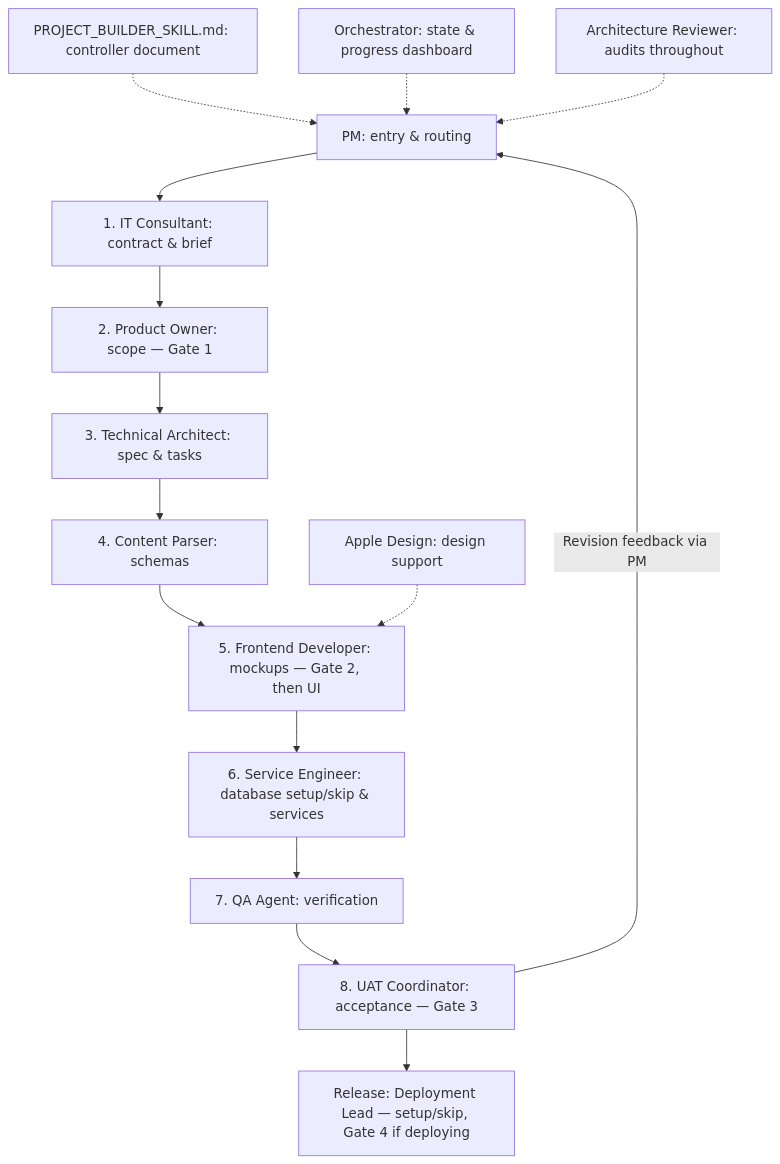
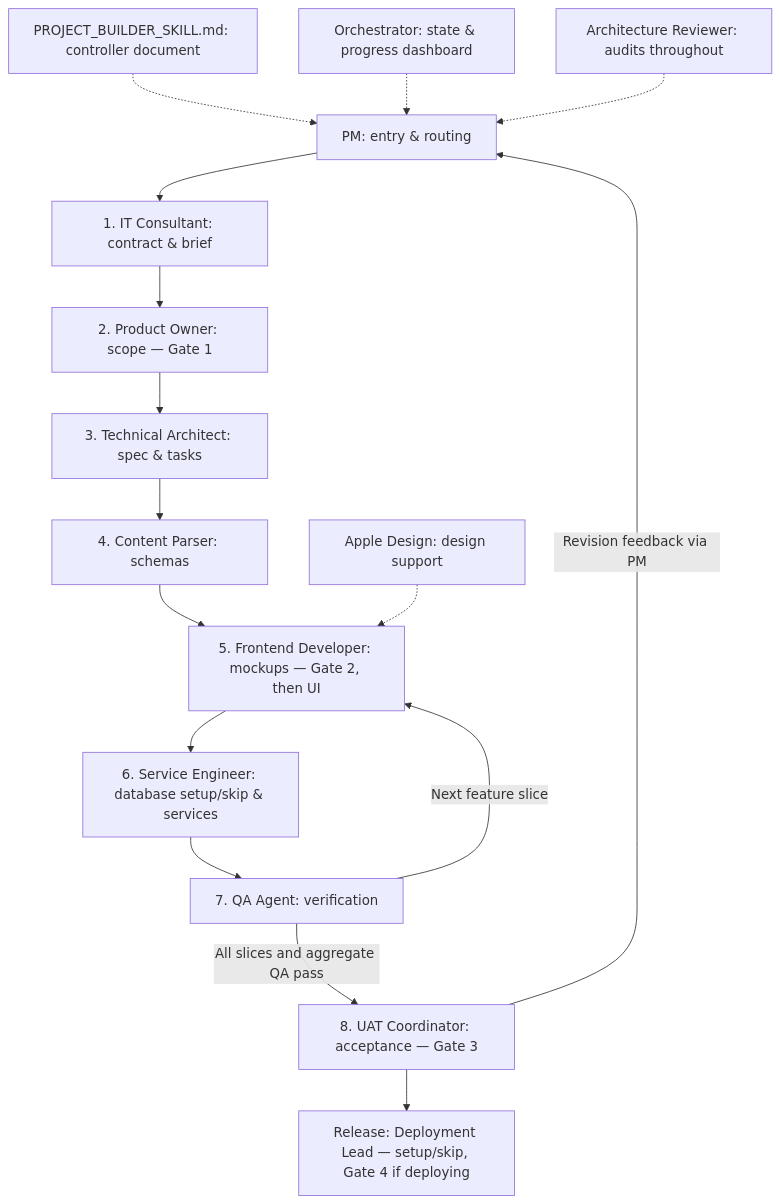
The diagram in README.md (gootyboy/pm-skills), drawn with Mermaid before and after one commit. The commit also changed other lines of this file and 17 other files, not shown here.

````diff
--- a/README.md
+++ b/README.md
@@ -27,17 +27,18 @@
 ```mermaid
 flowchart TB
     PM["PM: entry & routing"] --> IT["1. IT Consultant: contract & brief"]
     IT --> PO["2. Product Owner: scope — Gate 1"]
     PO --> TA["3. Technical Architect: spec & tasks"]
     TA --> CP["4. Content Parser: schemas"]
     CP --> FE["5. Frontend Developer: mockups — Gate 2, then UI"]
     FE --> SE["6. Service Engineer: database setup/skip & services"]
     SE --> QA["7. QA Agent: verification"]
-    QA --> UAT["8. UAT Coordinator: acceptance — Gate 3"]
+    QA -->|All slices and aggregate QA pass| UAT["8. UAT Coordinator: acceptance — Gate 3"]
+    QA -->|Next feature slice| FE
     UAT --> DEP["Release: Deployment Lead — setup/skip, Gate 4 if deploying"]
     UAT -->|Revision feedback via PM| PM
     APPLE["Apple Design: design support"] -.-> FE
     CTRL["PROJECT_BUILDER_SKILL.md: controller document"] -.-> PM
     ORCH["Orchestrator: state & progress dashboard"] -.-> PM
     REV["Architecture Reviewer: audits throughout"] -.-> PM
 ```
````
